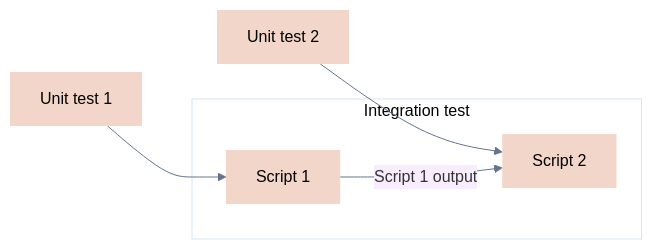
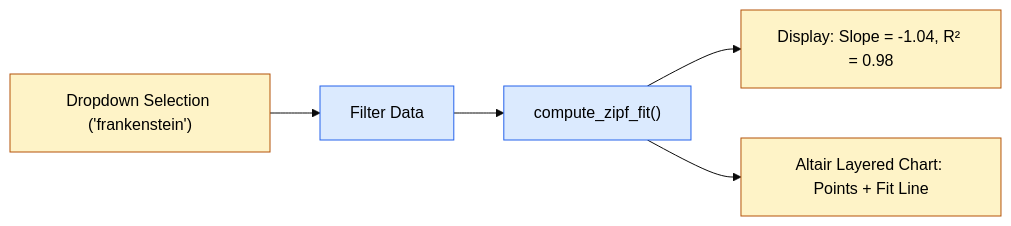
One commit to oist/gecs changed the third of 3 diagrams in sessions/testing.qmd. Above: the diagram before and after it, drawn with Mermaid. The commit also changed other lines of this file, not shown here.

Commit message:
docs: rewrite session 3 as Code Quality and Testing with TDD and Zipf analysis

````diff
--- a/sessions/testing.qmd
+++ b/sessions/testing.qmd
@@ -268,11 +650,12 @@
 ```{mermaid}
-%%{init: {"flowchart": {"curve": "basis"}, "theme": "base", "themeVariables": {"primaryColor": "#fff7ed", "primaryBorderColor": "#ea580c", "lineColor": "#64748b", "fontFamily": "Arial"}}}%%
+%%{init: {"flowchart": {"curve": "basis"}, "theme": "base", "themeVariables": {"fontFamily": "Arial"}}}%%
 flowchart LR
-    U1[Unit test 1]:::part --> S1
-    U2[Unit test 2]:::part --> S2
-    U1 ~~~ U2
-    subgraph integration[Integration test]
-        S1[Script 1]:::part -->|Script 1 output| S2[Script 2]:::part
-    end
-    classDef part fill:#f2d6c9,stroke:transparent,color:#000
+    Dropdown["Dropdown Selection ('frankenstein')"] --> Filter["Filter Data"]
+    Filter --> Fit["compute_zipf_fit()"]
+    Fit --> Stats["Display: Slope = -1.04, R² = 0.98"]
+    Fit --> Chart["Altair Layered Chart: Points + Fit Line"]
+    classDef ui fill:#fef3c7,stroke:#b45309,color:#000
+    classDef calc fill:#dbeafe,stroke:#2563eb,color:#000
+    class Dropdown,Stats,Chart ui
+    class Filter,Fit calc
 ```
````
